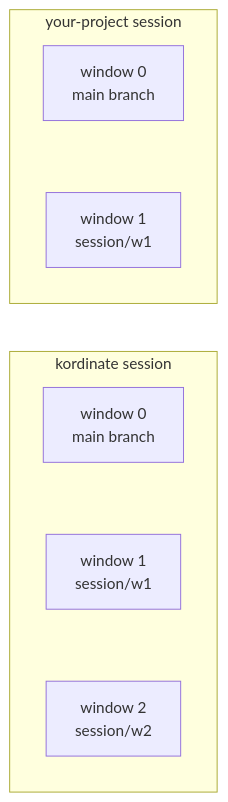
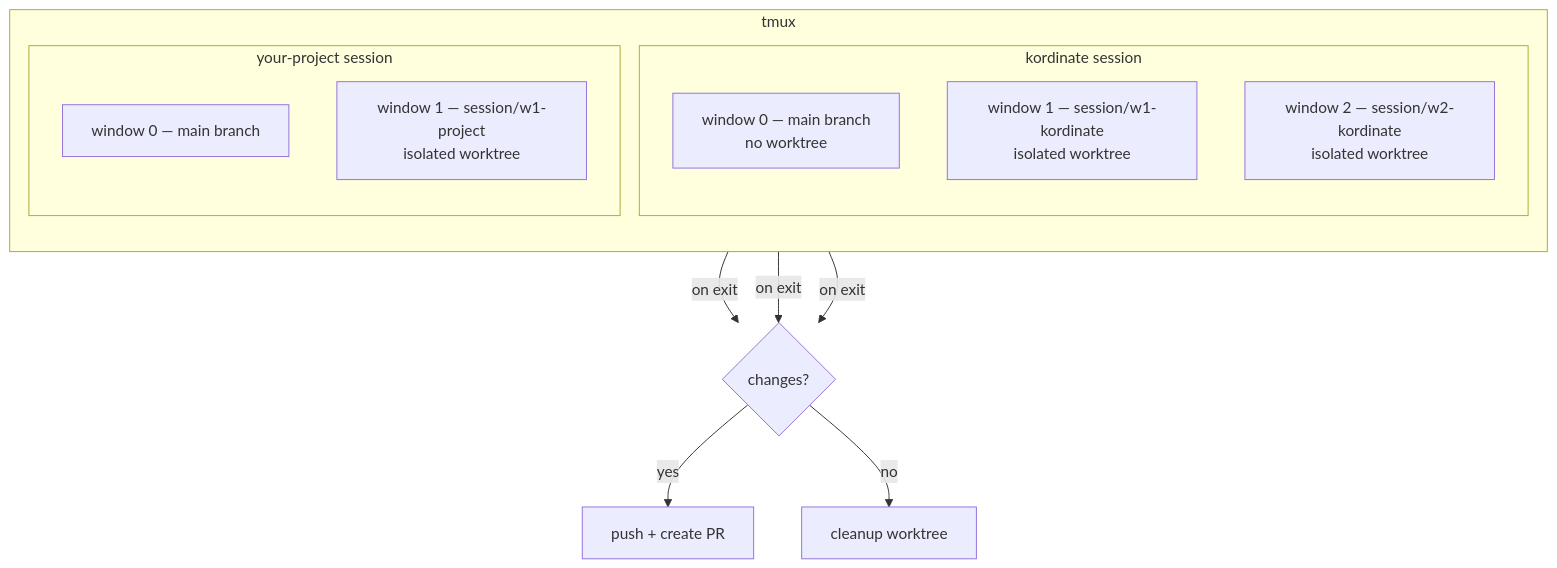
The second of 5 diagrams in docs/infrastructure.md (Kord96/kordinate), drawn with Mermaid before and after one commit. The commit also changed other lines of this file and 19 other files, not shown here.

First line of the commit message:
docs: human-first pattern rewrites, source map page, fix infra diagrams [scribe]

````diff
--- a/docs/infrastructure.md
+++ b/docs/infrastructure.md
@@ -35,10 +29,19 @@
 ```mermaid
-flowchart LR
-    subgraph kordinate[kordinate session]
-        W0[window 0<br/>main branch] ~~~ W1[window 1<br/>session/w1] ~~~ W2[window 2<br/>session/w2]
+flowchart TB
+    subgraph tmux
+        direction TB
+        subgraph ks[kordinate session]
+            W0[window 0 — main branch<br/>no worktree]
+            W1[window 1 — session/w1-kordinate<br/>isolated worktree]
+            W2[window 2 — session/w2-kordinate<br/>isolated worktree]
+        end
+        subgraph ps[your-project session]
+            PW0[window 0 — main branch]
+            PW1[window 1 — session/w1-project<br/>isolated worktree]
+        end
     end
 
-    subgraph project[your-project session]
-        PW0[window 0<br/>main branch] ~~~ PW1[window 1<br/>session/w1]
-    end
+    W1 & W2 & PW1 -->|on exit| PR{changes?}
+    PR -->|yes| PUSH[push + create PR]
+    PR -->|no| CLEAN[cleanup worktree]
 ```
````
